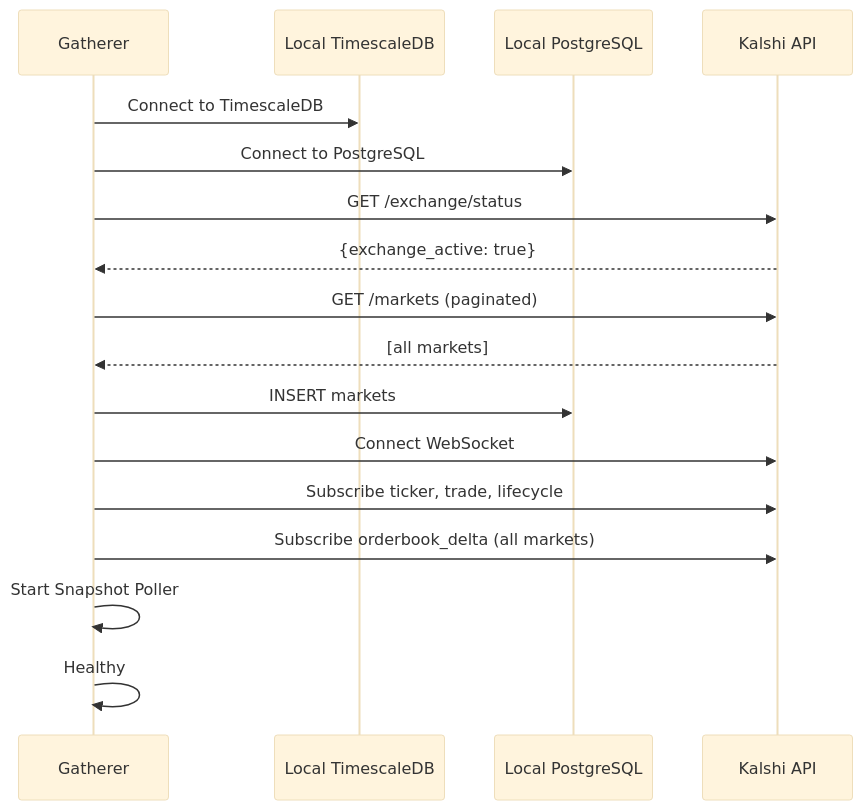
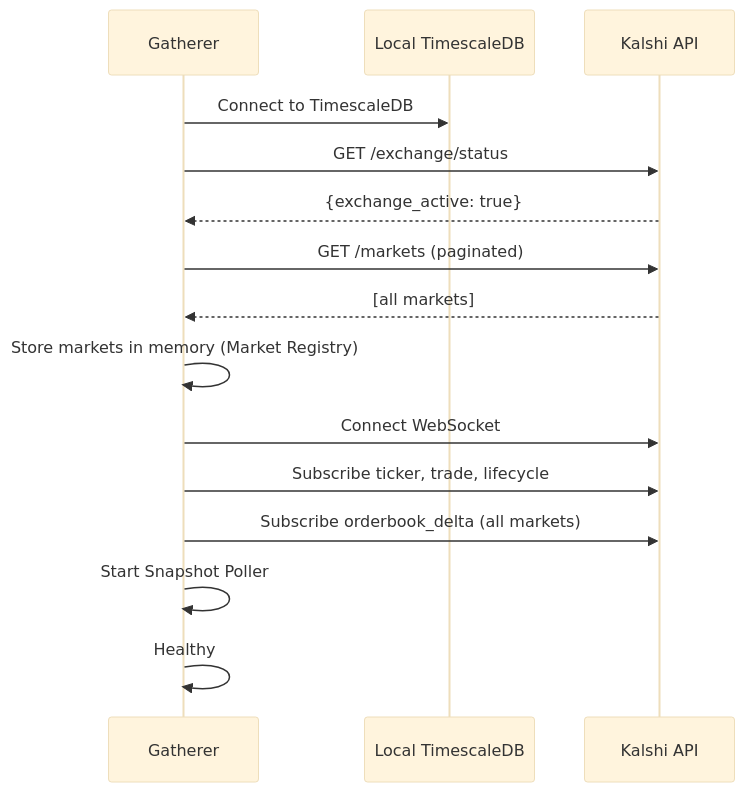
Before and after one commit to Projectsrxg/kalshi_v2: the second of 3 diagrams in docs/kalshi-data/deployment/startup.md, drawn with Mermaid (base theme). The commit also changed other lines of this file and 27 other files, not shown here.

````diff
--- a/docs/kalshi-data/deployment/startup.md
+++ b/docs/kalshi-data/deployment/startup.md
@@ -45,20 +45,18 @@
 ```mermaid
 sequenceDiagram
     participant G as Gatherer
     participant TS as Local TimescaleDB
-    participant PG as Local PostgreSQL
     participant K as Kalshi API
 
     G->>TS: Connect to TimescaleDB
-    G->>PG: Connect to PostgreSQL
     G->>K: GET /exchange/status
     K-->>G: {exchange_active: true}
     G->>K: GET /markets (paginated)
     K-->>G: [all markets]
-    G->>PG: INSERT markets
+    G->>G: Store markets in memory (Market Registry)
     G->>K: Connect WebSocket
     G->>K: Subscribe ticker, trade, lifecycle
     G->>K: Subscribe orderbook_delta (all markets)
     G->>G: Start Snapshot Poller
     G->>G: Healthy
 ```
````
